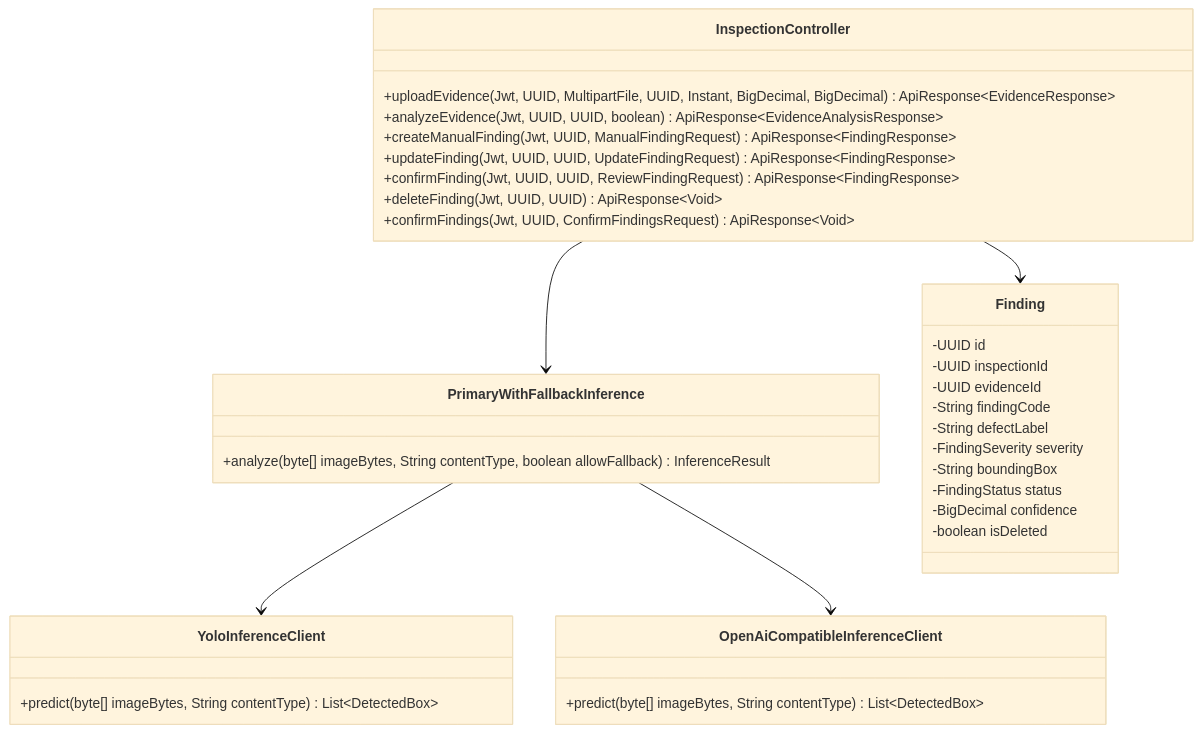
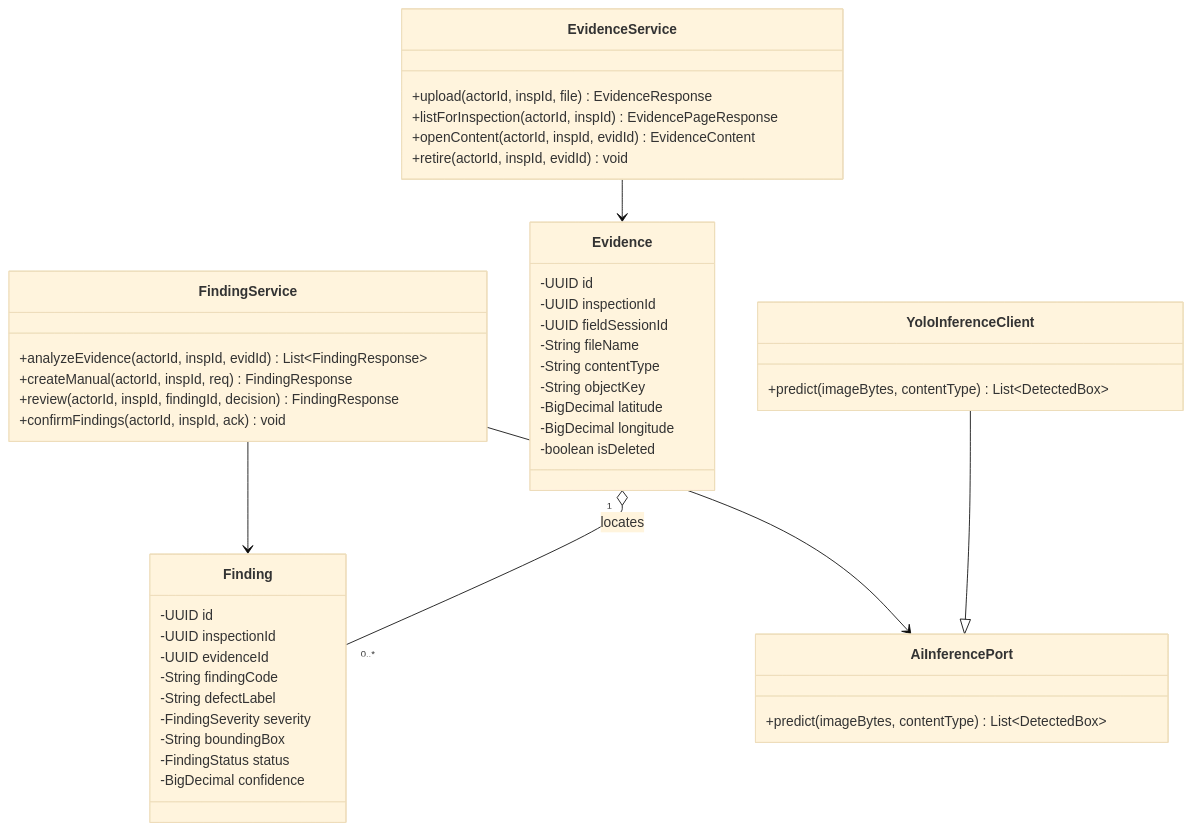
Before and after one commit to tungbach12/SmartDroneInspection-Docs: diagram 14 of 23 in reports/report-4-software-design-document/03-detailed-design.md, drawn with Mermaid (base theme). The commit also changed other lines of this file and 206 other files, not shown here.

First line of the commit message:
docs(reports): synchronize Report 1-5 changes, update diagrams, and clean exports

````diff
--- a/reports/report-4-software-design-document/03-detailed-design.md
+++ b/reports/report-4-software-design-document/03-detailed-design.md
@@ -662,38 +608,49 @@
 ```mermaid
-%% title: YOLO11 Defect Detection and Finding Verification Class Diagram
+%% title: FE-06 Evidence Intake, AI Defect Detection and Finding Confirmation Class Diagram
 classDiagram
-  class InspectionController {
-    +uploadEvidence(Jwt, UUID, MultipartFile, UUID, Instant, BigDecimal, BigDecimal) ApiResponse~EvidenceResponse~
-    +analyzeEvidence(Jwt, UUID, UUID, boolean) ApiResponse~EvidenceAnalysisResponse~
-    +createManualFinding(Jwt, UUID, ManualFindingRequest) ApiResponse~FindingResponse~
-    +updateFinding(Jwt, UUID, UUID, UpdateFindingRequest) ApiResponse~FindingResponse~
-    +confirmFinding(Jwt, UUID, UUID, ReviewFindingRequest) ApiResponse~FindingResponse~
-    +deleteFinding(Jwt, UUID, UUID) ApiResponse~Void~
-    +confirmFindings(Jwt, UUID, ConfirmFindingsRequest) ApiResponse~Void~
+  class EvidenceService {
+    +upload(actorId, inspId, file) EvidenceResponse
+    +listForInspection(actorId, inspId) EvidencePageResponse
+    +openContent(actorId, inspId, evidId) EvidenceContent
+    +retire(actorId, inspId, evidId) void
   }
-  class PrimaryWithFallbackInference {
-    +analyze(byte[] imageBytes, String contentType, boolean allowFallback) InferenceResult
+  class FindingService {
+    +analyzeEvidence(actorId, inspId, evidId) List~FindingResponse~
+    +createManual(actorId, inspId, req) FindingResponse
+    +review(actorId, inspId, findingId, decision) FindingResponse
+    +confirmFindings(actorId, inspId, ack) void
+  }
+  class AiInferencePort {
+    +predict(imageBytes, contentType) List~DetectedBox~
   }
   class YoloInferenceClient {
-    +predict(byte[] imageBytes, String contentType) List~DetectedBox~
+    +predict(imageBytes, contentType) List~DetectedBox~
   }
-  class OpenAiCompatibleInferenceClient {
-    +predict(byte[] imageBytes, String contentType) List~DetectedBox~
+  class Evidence {
+    -UUID id
+    -UUID inspectionId
+    -UUID fieldSessionId
+    -String fileName
+    -String contentType
+    -String objectKey
+    -BigDecimal latitude
+    -BigDecimal longitude
+    -boolean isDeleted
   }
   class Finding {
     -UUID id
     -UUID inspectionId
     -UUID evidenceId
     -String findingCode
     -String defectLabel
     -FindingSeverity severity
     -String boundingBox
     -FindingStatus status
     -BigDecimal confidence
-    -boolean isDeleted
   }
-  InspectionController --> PrimaryWithFallbackInference
-  PrimaryWithFallbackInference --> YoloInferenceClient
-  PrimaryWithFallbackInference --> OpenAiCompatibleInferenceClient
-  InspectionController --> Finding
+  EvidenceService --> Evidence
+  FindingService --> Finding
+  FindingService --> AiInferencePort
+  YoloInferenceClient --|> AiInferencePort
+  Evidence "1" o-- "0..*" Finding : locates
 ```
````
